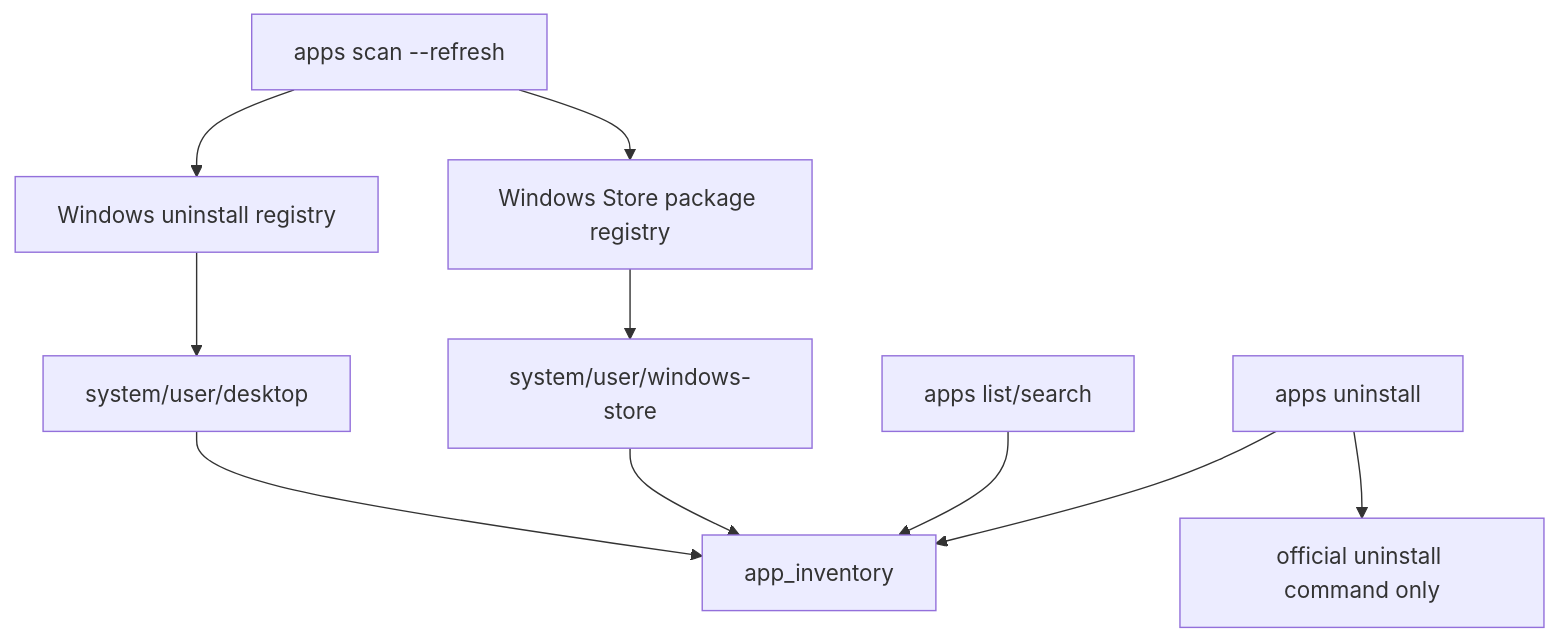
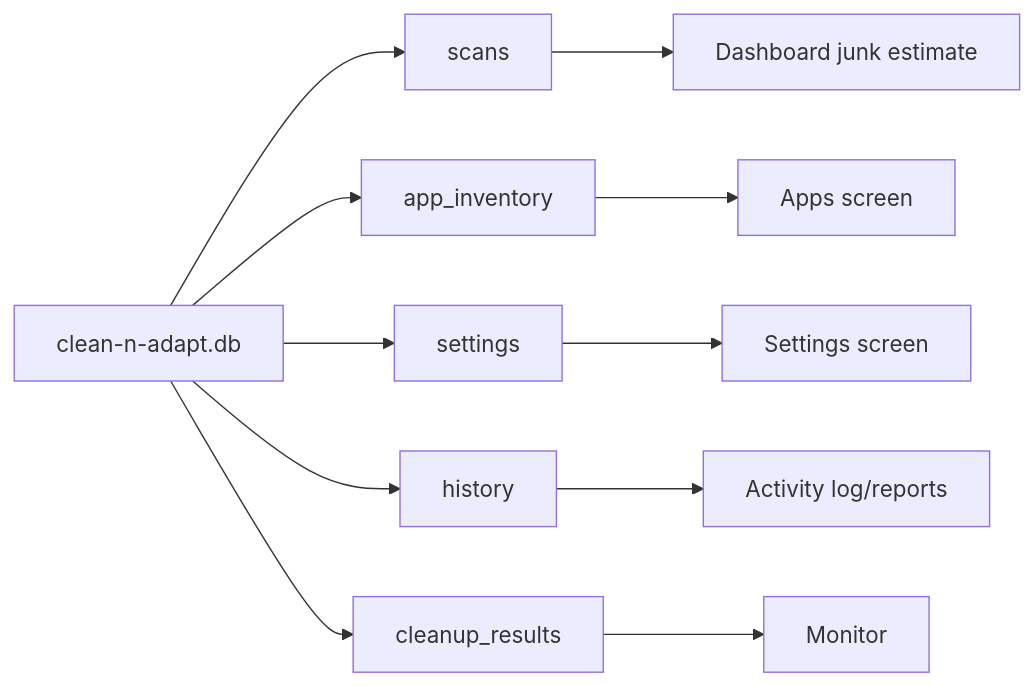
One commit to snehil-pandey/clean-n-adapt changed the ninth of 10 diagrams in ARCHITECTURE.md. Above: the diagram before and after it, drawn with Mermaid. The commit also changed other lines of this file and 10 other files, not shown here.

Commit message:
Pivot to Qt desktop app

````diff
--- a/ARCHITECTURE.md
+++ b/ARCHITECTURE.md
@@ -146,12 +135,13 @@
 ```mermaid
-flowchart TD
-    Refresh["apps scan --refresh"] --> Registry["Windows uninstall registry"]
-    Refresh --> Store["Windows Store package registry"]
-    Registry --> Classify["system/user/desktop"]
-    Store --> ClassifyStore["system/user/windows-store"]
-    Classify --> AppDB["app_inventory"]
-    ClassifyStore --> AppDB
-    List["apps list/search"] --> AppDB
-    Uninstall["apps uninstall"] --> AppDB
-    Uninstall --> Official["official uninstall command only"]
+flowchart LR
+    DB["clean-n-adapt.db"] --> Scans["scans"]
+    DB --> Apps["app_inventory"]
+    DB --> Settings["settings"]
+    DB --> History["history"]
+    DB --> Results["cleanup_results"]
+    Scans --> Dashboard["Dashboard junk estimate"]
+    Apps --> AppsUI["Apps screen"]
+    Settings --> InstallerUI["Settings screen"]
+    History --> Activity["Activity log/reports"]
+    Results --> Monitor["Monitor"]
 ```
````
